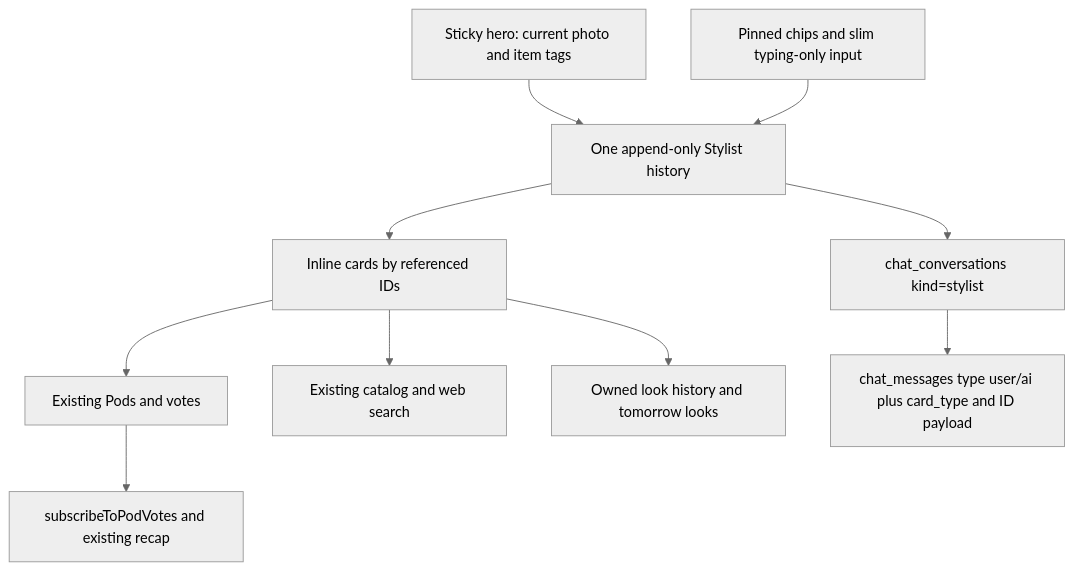
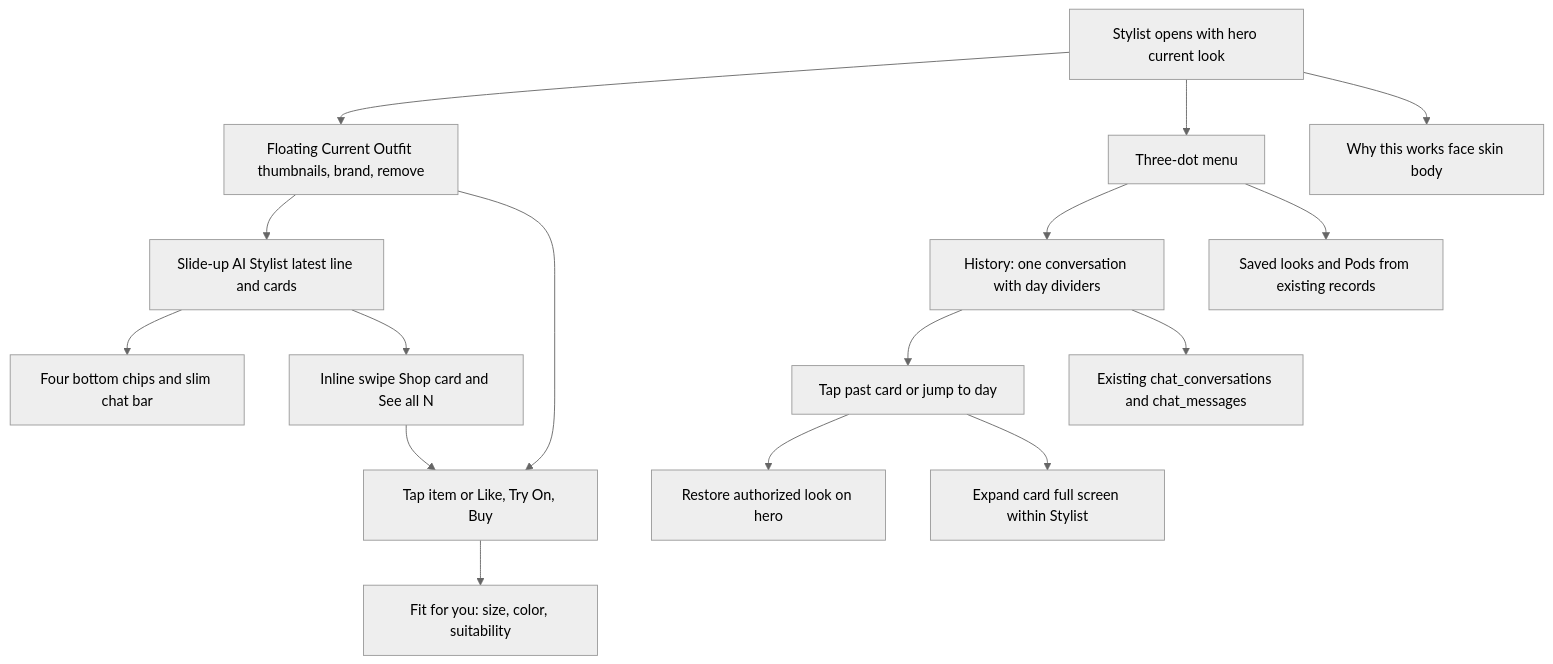
Before and after one commit to killbill2792/studio: the second of 12 diagrams in studio/ideas/stylit-agent/dev.md, drawn with Mermaid (neutral theme). The commit also changed other lines of this file and 2 other files, not shown here.

Commit message:
Refine approved outfit-first Stylist, continuous History and interest-gated Fit cards

````diff
--- a/studio/ideas/stylit-agent/dev.md
+++ b/studio/ideas/stylit-agent/dev.md
@@ -38,12 +40,18 @@
 ```mermaid
 flowchart TD
-  hero[Sticky hero: current photo and item tags] --> history[One append-only Stylist history]
-  history --> cards[Inline cards by referenced IDs]
-  cards --> pods[Existing Pods and votes]
-  cards --> shop[Existing catalog and web search]
-  cards --> looks[Owned look history and tomorrow looks]
-  input[Pinned chips and slim typing-only input] --> history
-  history --> db[chat_conversations kind=stylist]
-  db --> msg[chat_messages type user/ai plus card_type and ID payload]
-  pods --> live[subscribeToPodVotes and existing recap]
+  default[Stylist opens with hero current look] --> outfit[Floating Current Outfit thumbnails, brand, remove]
+  outfit --> sheet[Slide-up AI Stylist latest line and cards]
+  sheet --> input[Four bottom chips and slim chat bar]
+  default --> menu[Three-dot menu]
+  menu --> history[History: one conversation with day dividers]
+  menu --> saved[Saved looks and Pods from existing records]
+  history --> select[Tap past card or jump to day]
+  select --> restore[Restore authorized look on hero]
+  select --> full[Expand card full screen within Stylist]
+  sheet --> shop[Inline swipe Shop card and See all N]
+  outfit --> interest[Tap item or Like, Try On, Buy]
+  shop --> interest
+  interest --> fit[Fit for you: size, color, suitability]
+  default --> why[Why this works face skin body]
+  history --> db[Existing chat_conversations and chat_messages]
 ```
````
